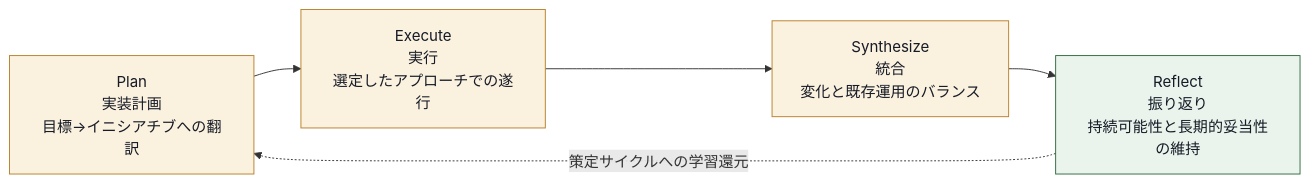
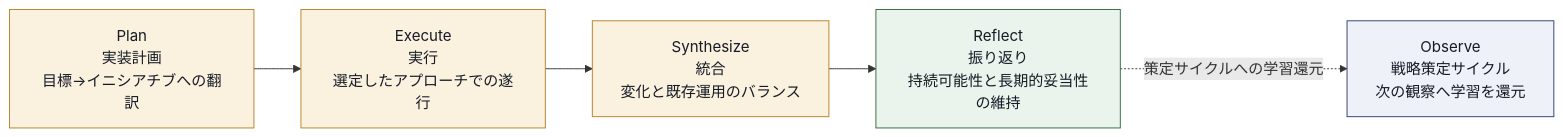
One commit to myoshi2891/Management-Team-Building-Studies changed the eighth of 11 diagrams in Itil-strategy-v5-guide.md. Above: the diagram before and after it, drawn with Mermaid.

Commit message:
fix(itil): correct implementation-cycle feedback arrow target
Module 6's diagram fed Reflect back into its own Plan activity,
contradicting the two-cycle model described earlier in the guide
(§6.1/6.2) and restated at §8.4, where Reflect's learning feeds the
strategy-development cycle's Observe activity instead.

````diff
--- a/Itil-strategy-v5-guide.md
+++ b/Itil-strategy-v5-guide.md
@@ -411,13 +411,15 @@
 ```mermaid
 flowchart LR
     P["Plan<br/>実装計画<br/>目標→イニシアチブへの翻訳"]:::hub
     E["Execute<br/>実行<br/>選定したアプローチでの遂行"]:::hub
     S["Synthesize<br/>統合<br/>変化と既存運用のバランス"]:::hub
     R["Reflect<br/>振り返り<br/>持続可能性と長期的妥当性の維持"]:::done
+    O["Observe<br/>戦略策定サイクル<br/>次の観察へ学習を還元"]:::box
 
     P --> E --> S --> R
-    R -.策定サイクルへの学習還元.-> P
+    R -.策定サイクルへの学習還元.-> O
 
     classDef hub fill:#FAF1DF,stroke:#B8802A,color:#161B26
     classDef done fill:#EAF4EC,stroke:#2F6B3D,color:#161B26
+    classDef box fill:#EEF1F8,stroke:#2E3F72,color:#161B26
 ```
````
